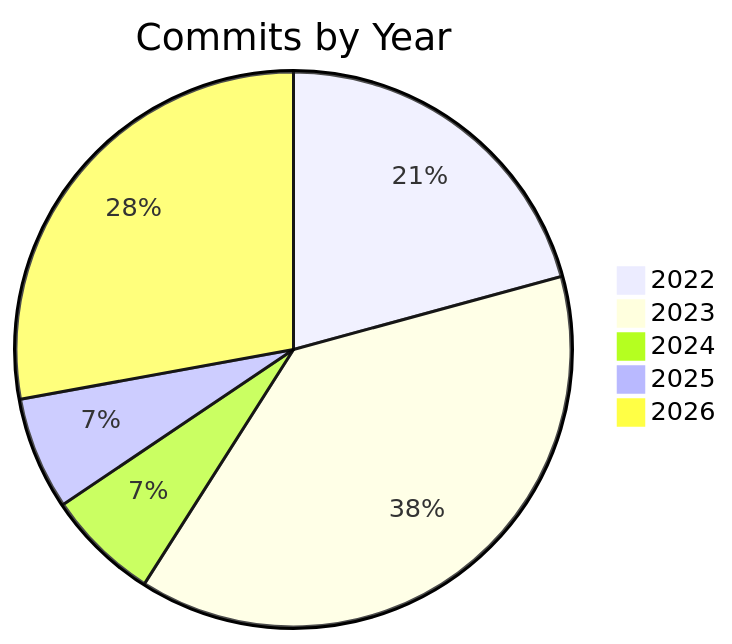
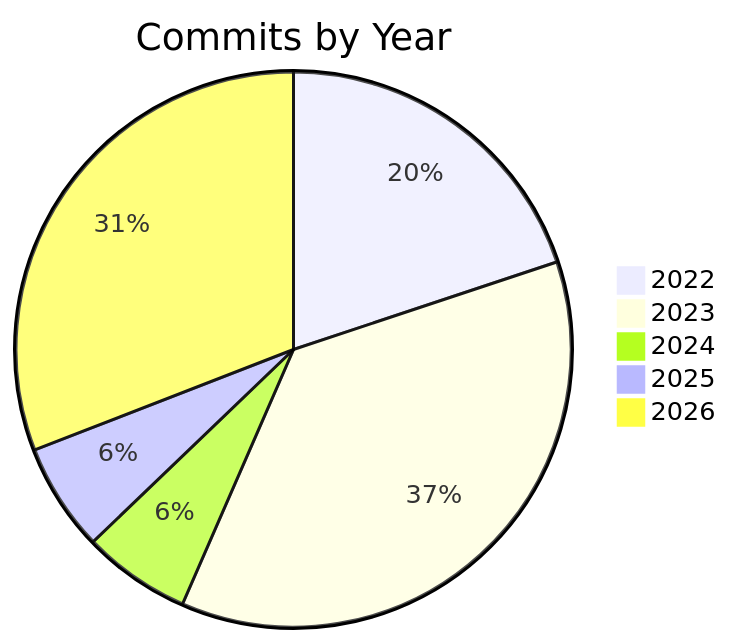
The diagram in digest.md (Wycott/PingUtil), drawn with Mermaid before and after one commit. The commit also changed other lines of this file, not shown here.

````diff
--- a/digest.md
+++ b/digest.md
@@ -40,8 +48,8 @@
 ```mermaid
 pie title Commits by Year
     "2022" : 38
     "2023" : 70
     "2024" : 12
     "2025" : 12
-    "2026" : 51
+    "2026" : 59
 ```
````
